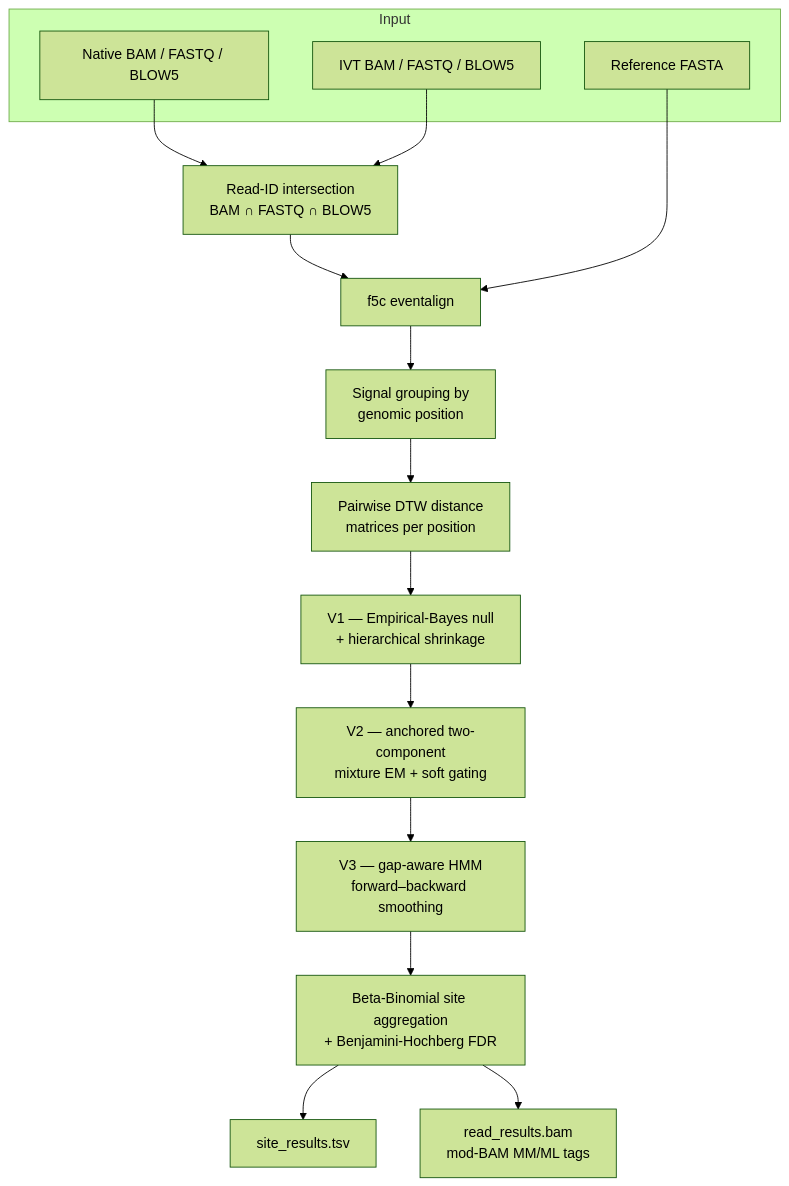
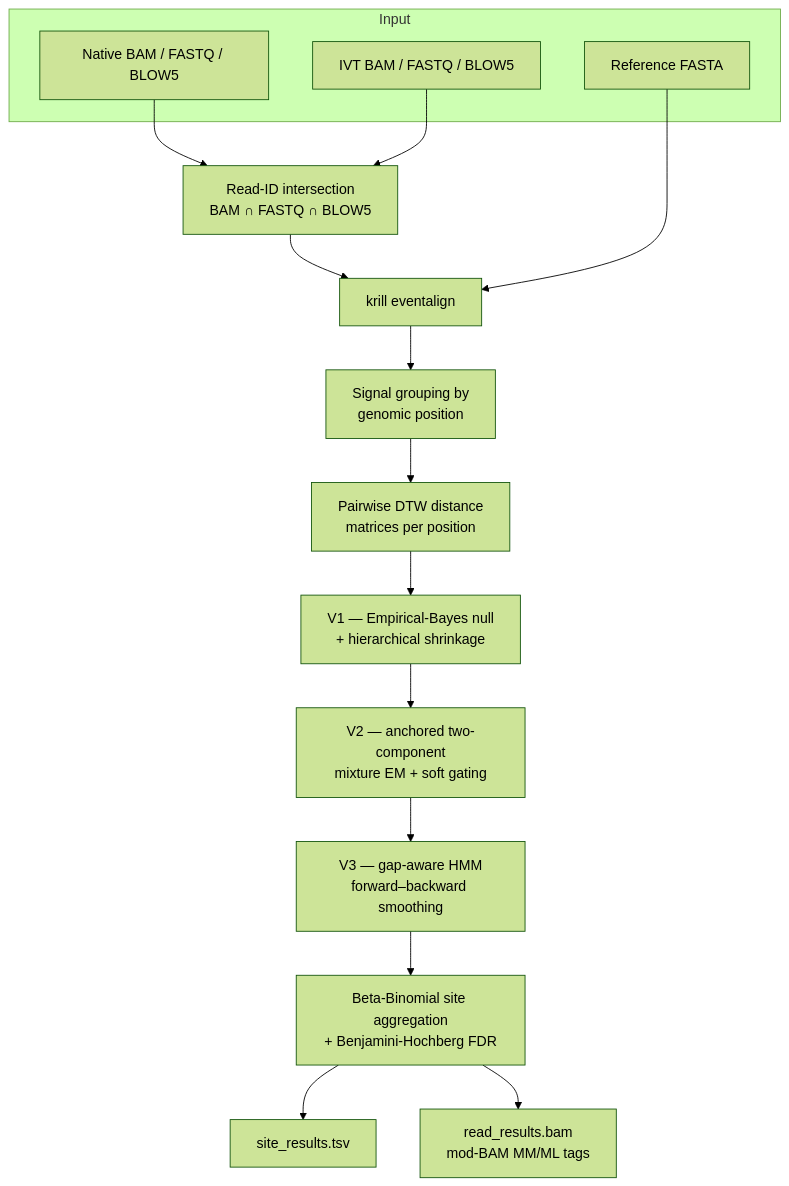
One commit to loganylchen/py-baleen changed the diagram in docs/guide/overview.md. Above: the diagram before and after it, drawn with Mermaid (forest theme). The commit also changed other lines of this file and 15 other files, not shown here.

````diff
--- a/docs/guide/overview.md
+++ b/docs/guide/overview.md
@@ -9,20 +9,20 @@
 ```mermaid
 flowchart TD
     subgraph Input
         N[Native BAM / FASTQ / BLOW5]
         I[IVT BAM / FASTQ / BLOW5]
         R[Reference FASTA]
     end
     N --> X[Read-ID intersection<br/>BAM ∩ FASTQ ∩ BLOW5]
     I --> X
-    X --> EA[f5c eventalign]
+    X --> EA[krill eventalign]
     R --> EA
     EA --> SG[Signal grouping by<br/>genomic position]
     SG --> DTW[Pairwise DTW distance<br/>matrices per position]
     DTW --> V1[V1 — Empirical-Bayes null<br/>+ hierarchical shrinkage]
     V1 --> V2[V2 — anchored two-component<br/>mixture EM + soft gating]
     V2 --> V3[V3 — gap-aware HMM<br/>forward–backward smoothing]
     V3 --> AGG[Beta-Binomial site aggregation<br/>+ Benjamini-Hochberg FDR]
     AGG --> TSV[site_results.tsv]
     AGG --> BAM[read_results.bam<br/>mod-BAM MM/ML tags]
 ```
````
